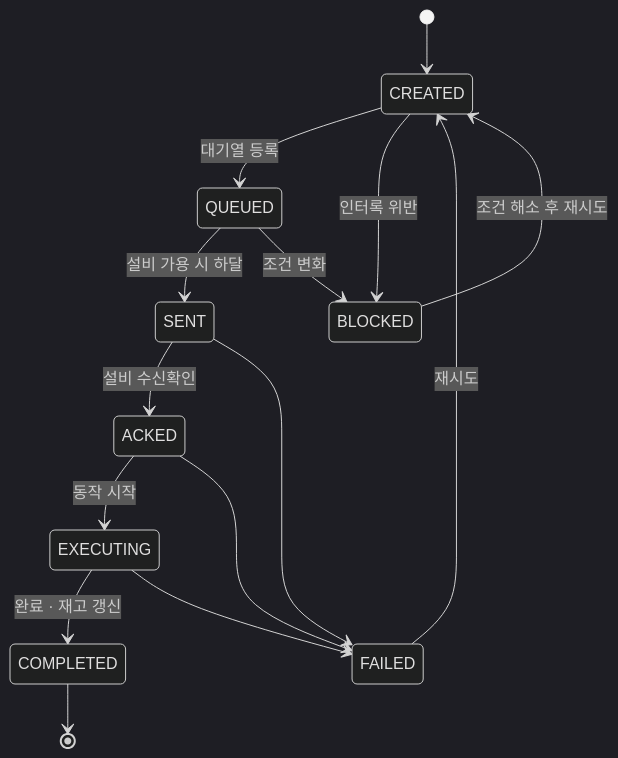
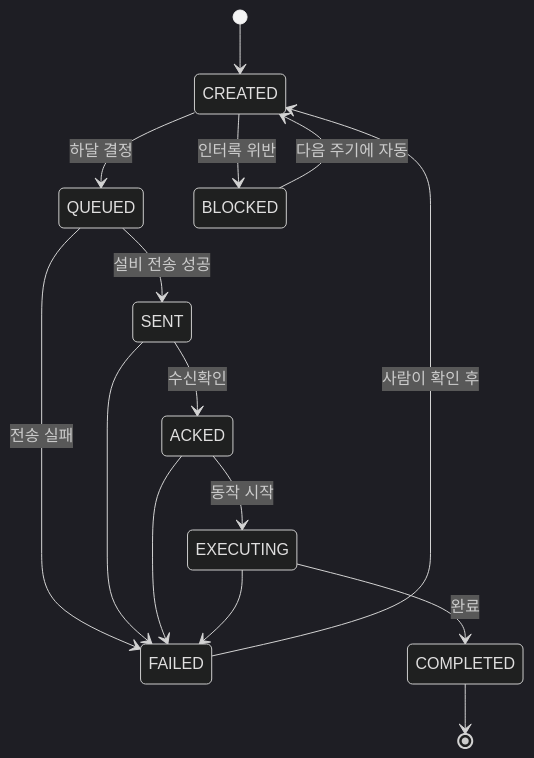
Before and after one commit to hhhj-bot/wcs-poc: the third of 3 diagrams in README.md, drawn with Mermaid (dark theme). The commit also changed other lines of this file and 10 other files, not shown here.

````diff
--- a/README.md
+++ b/README.md
@@ -103,17 +124,17 @@
 ```mermaid
 stateDiagram-v2
     [*] --> CREATED
-    CREATED --> QUEUED: 대기열 등록
+    CREATED --> QUEUED: 하달 결정
     CREATED --> BLOCKED: 인터록 위반
-    QUEUED --> SENT: 설비 가용 시 하달
-    QUEUED --> BLOCKED: 조건 변화
-    SENT --> ACKED: 설비 수신확인
+    QUEUED --> SENT: 설비 전송 성공
+    QUEUED --> FAILED: 전송 실패
+    SENT --> ACKED: 수신확인
     ACKED --> EXECUTING: 동작 시작
-    EXECUTING --> COMPLETED: 완료 · 재고 갱신
+    EXECUTING --> COMPLETED: 완료
     SENT --> FAILED
     ACKED --> FAILED
     EXECUTING --> FAILED
-    BLOCKED --> CREATED: 조건 해소 후 재시도
-    FAILED --> CREATED: 재시도
+    BLOCKED --> CREATED: 다음 주기에 자동
+    FAILED --> CREATED: 사람이 확인 후
     COMPLETED --> [*]
 ```
````
